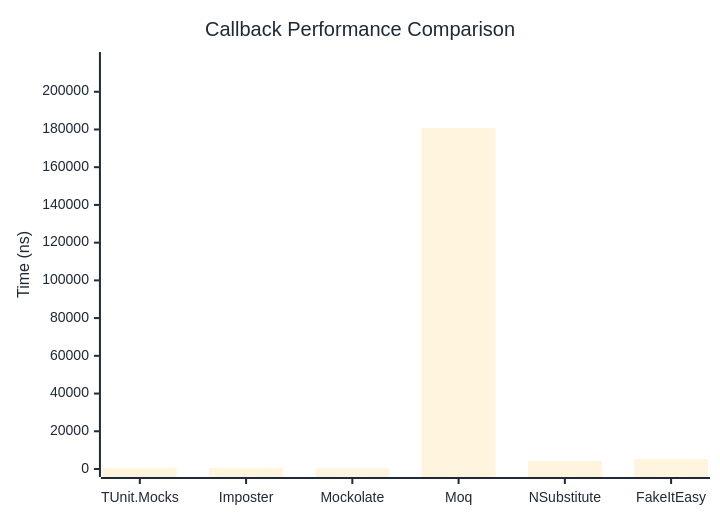
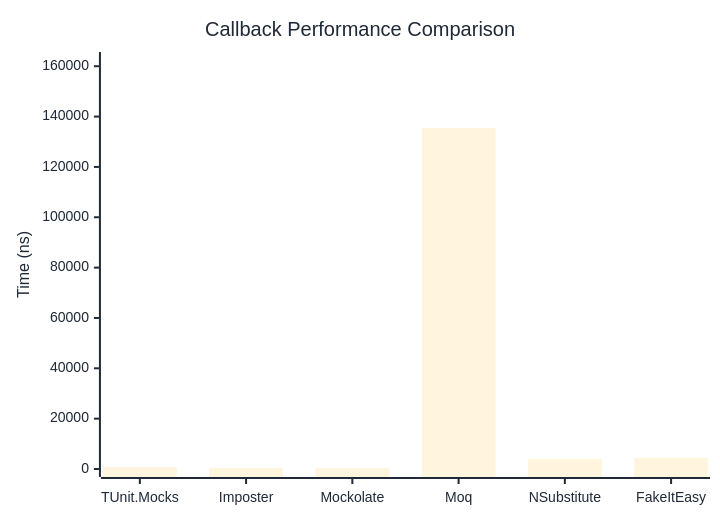
The first of 2 diagrams in docs/docs/benchmarks/mocks/Callback.md (thomhurst/TUnit), drawn with Mermaid before and after one commit. The commit also changed other lines of this file and 14 other files, not shown here.

````diff
--- a/docs/docs/benchmarks/mocks/Callback.md
+++ b/docs/docs/benchmarks/mocks/Callback.md
@@ -28,27 +28,27 @@
 ```mermaid
 %%{init: {
   'theme':'base',
   'themeVariables': {
     'primaryColor': '#2563eb',
     'primaryTextColor': '#1f2937',
     'primaryBorderColor': '#1e40af',
     'lineColor': '#6b7280',
     'secondaryColor': '#7c3aed',
     'tertiaryColor': '#dc2626',
     'background': '#ffffff',
     'pie1': '#2563eb',
     'pie2': '#7c3aed',
     'pie3': '#dc2626',
     'pie4': '#f59e0b',
     'pie5': '#10b981',
     'pie6': '#06b6d4',
     'pie7': '#ec4899',
     'pie8': '#6366f1'
   }
 }}%%
 xychart-beta
   title "Callback Performance Comparison"
   x-axis ["TUnit.Mocks", "Imposter", "Mockolate", "Moq", "NSubstitute", "FakeItEasy"]
-  y-axis "Time (ns)" 0 --> 216832
-  bar [583.1, 439, 343.8, 180692.9, 4359.8, 5218.8]
+  y-axis "Time (ns)" 0 --> 162472
+  bar [640.1, 489.8, 349.3, 135392.8, 4061.1, 4462.2]
 ```
````
